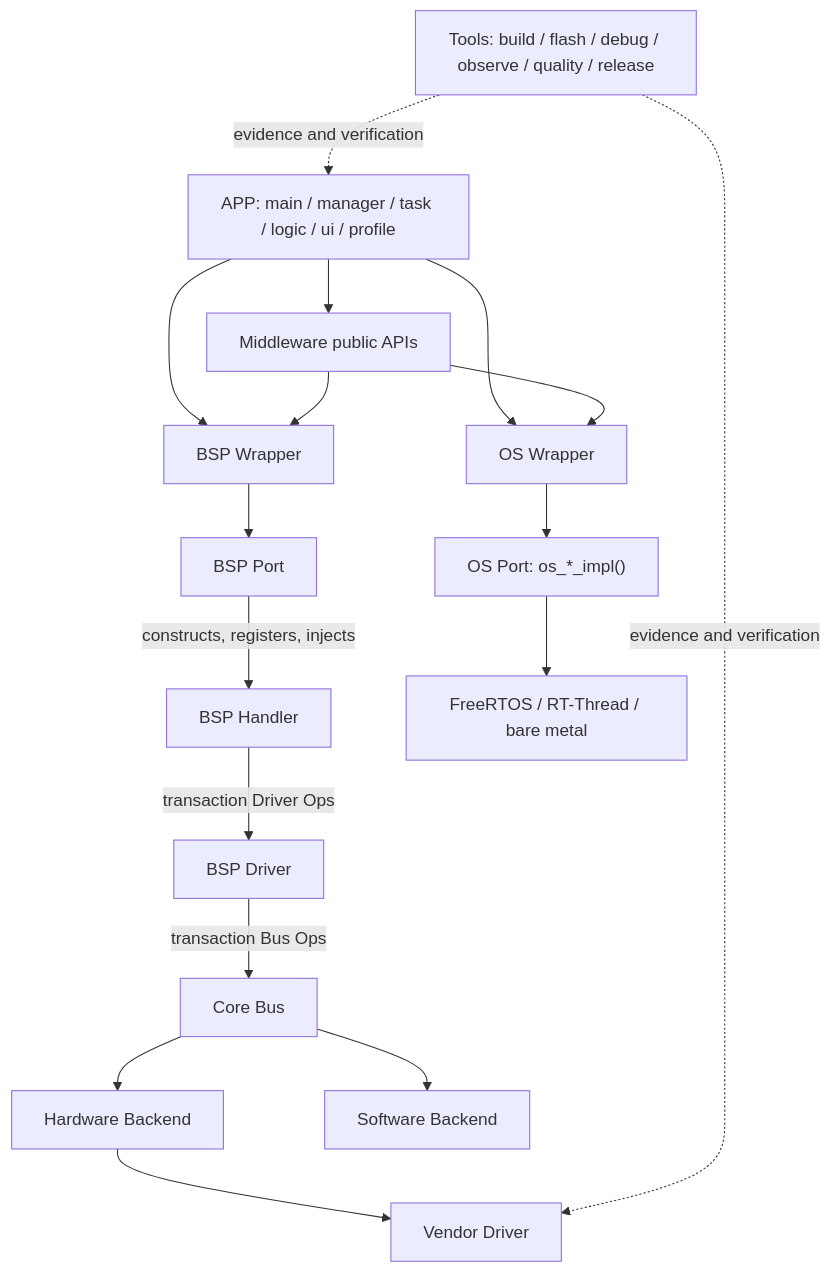
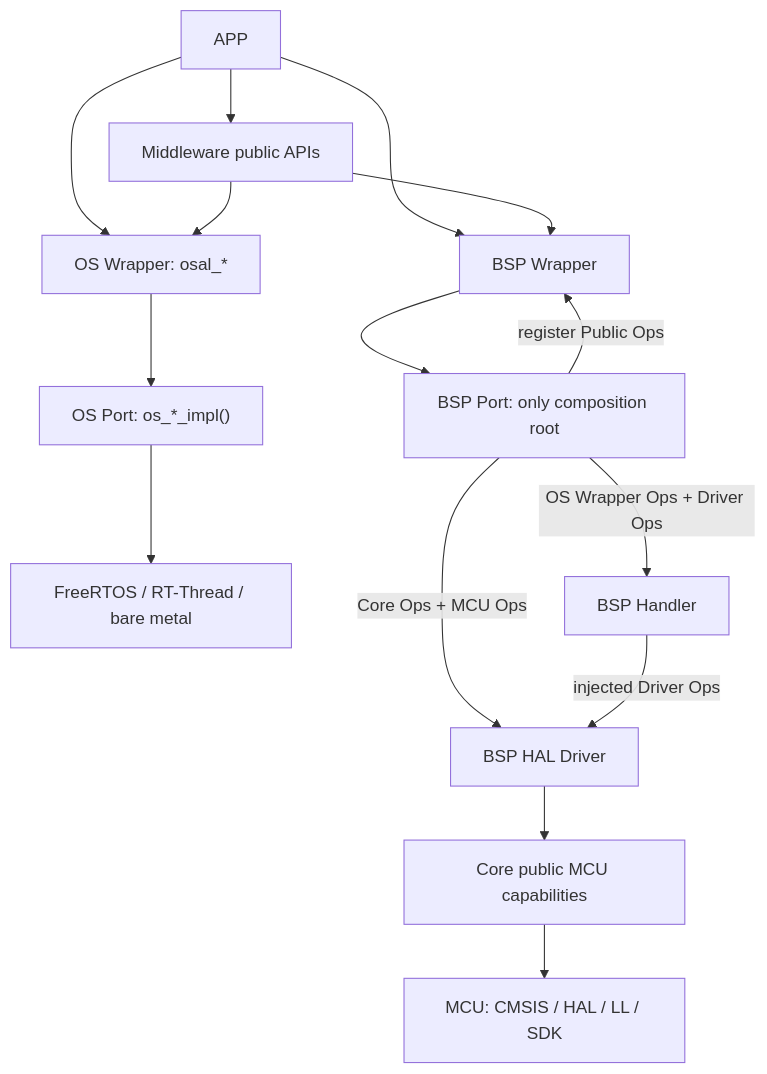
Before and after one commit to shuai-yemao/mcu-workbench: the diagram in skills/workflow/workflow-project-integration/references/software-architecture-knowledge-graph.md, drawn with Mermaid. The commit also changed other lines of this file and 18 other files, not shown here.

Commit message:
feat(architecture): enforce wrapper injection contracts

````diff
--- a/skills/workflow/workflow-project-integration/references/software-architecture-knowledge-graph.md
+++ b/skills/workflow/workflow-project-integration/references/software-architecture-knowledge-graph.md
@@ -7,33 +7,17 @@
 ```mermaid
 flowchart TD
-    APP[APP: main / manager / task / logic / ui / profile]
-    OW[OS Wrapper]
-    BW[BSP Wrapper]
-    MID[Middleware public APIs]
-    OP["OS Port: os_*_impl()"]
-    BH[BSP Handler]
-    BP[BSP Port]
-    BD[BSP Driver]
-    CORE[Core Bus]
-    HW[Hardware Backend]
-    SW[Software Backend]
-    DRIVER[Vendor Driver]
-    TOOLS[Tools: build / flash / debug / observe / quality / release]
-
-    APP --> OW
-    APP --> BW
-    APP --> MID
+    APP["APP"] --> OW["OS Wrapper: osal_*"]
+    APP --> BW["BSP Wrapper"]
+    APP --> MID["Middleware public APIs"]
     MID --> OW
     MID --> BW
-    OW --> OP
-    OP --> RTOS[FreeRTOS / RT-Thread / bare metal]
-    BW --> BP
-    BP -->|constructs, registers, injects| BH
-    BH -->|transaction Driver Ops| BD
-    BD -->|transaction Bus Ops| CORE
-    CORE --> HW
-    CORE --> SW
-    HW --> DRIVER
-    TOOLS -. evidence and verification .-> APP
-    TOOLS -. evidence and verification .-> DRIVER
+    OW --> OP["OS Port: os_*_impl()"]
+    OP --> RT["FreeRTOS / RT-Thread / bare metal"]
+    BW --> BP["BSP Port: only composition root"]
+    BP -->|"Core Ops + MCU Ops"| BD["BSP HAL Driver"]
+    BP -->|"OS Wrapper Ops + Driver Ops"| BH["BSP Handler"]
+    BP -->|"register Public Ops"| BW
+    BH -->|"injected Driver Ops"| BD
+    BD --> CORE["Core public MCU capabilities"]
+    CORE --> MCU["MCU: CMSIS / HAL / LL / SDK"]
 ```
````
